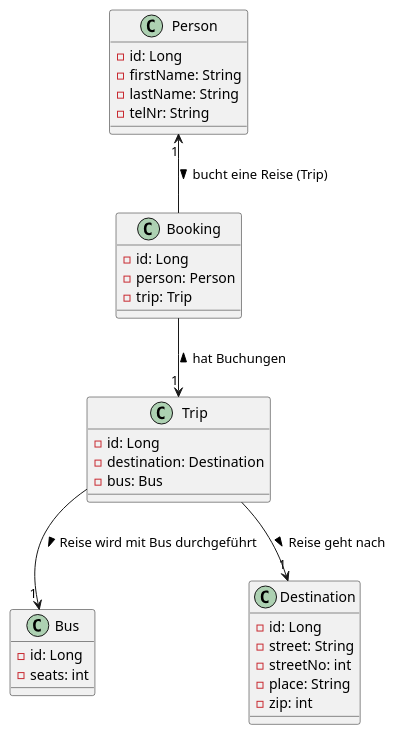
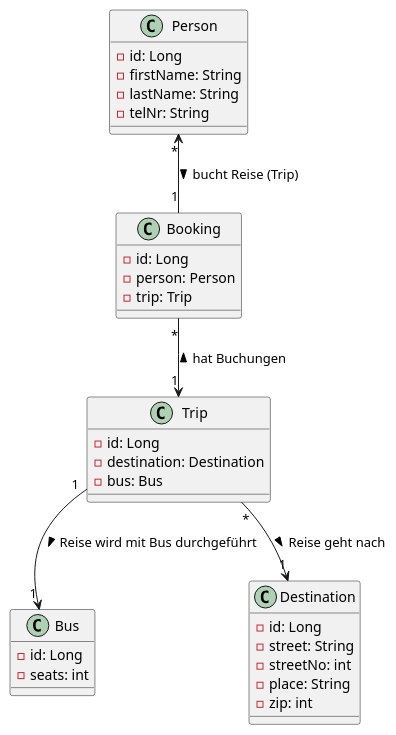
Before and after one commit to 2122-5ahitm-sew/01-microproject-turnerisabel: the diagram in asciidoc/cld.puml, drawn with PlantUML. The commit also changed 1 other file, not shown here.

```diff
--- a/asciidoc/cld.puml
+++ b/asciidoc/cld.puml
@@ -1,40 +1,40 @@
 @startuml
 
 class Bus {
     -id: Long
     -seats: int
 }
 
 class Person {
     -id: Long
     -firstName: String
     -lastName: String
     -telNr: String
 }
 
 class Trip {
   - id: Long
   - destination: Destination
   - bus: Bus
 }
 
 class Destination {
    - id: Long
    - street: String
    - streetNo: int
    - place: String
    - zip: int
 }
 
 class Booking {
   - id: Long
   - person: Person
   - trip: Trip
 }
 
-Trip  --> "1" Destination : Reise geht nach >
-Trip --> "1" Bus : Reise wird mit Bus durchgeführt >
-Booking --> "1" Trip : hat Buchungen <
-Person "1" <--  Booking : bucht eine Reise (Trip) >
+Trip  "*" --> "1" Destination : Reise geht nach >
+Trip "1" --> "1" Bus : Reise wird mit Bus durchgeführt >
+Booking "*" --> "1" Trip : hat Buchungen <
+Person "*" <-- "1"  Booking : bucht Reise (Trip) >
 
 @enduml
```
